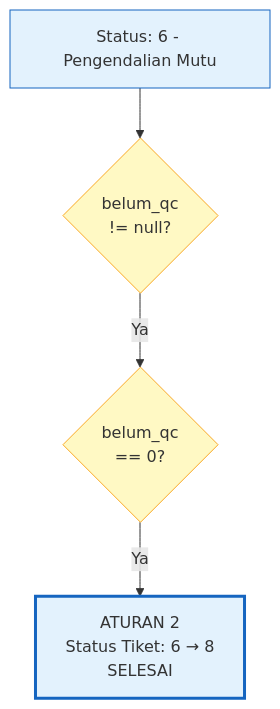
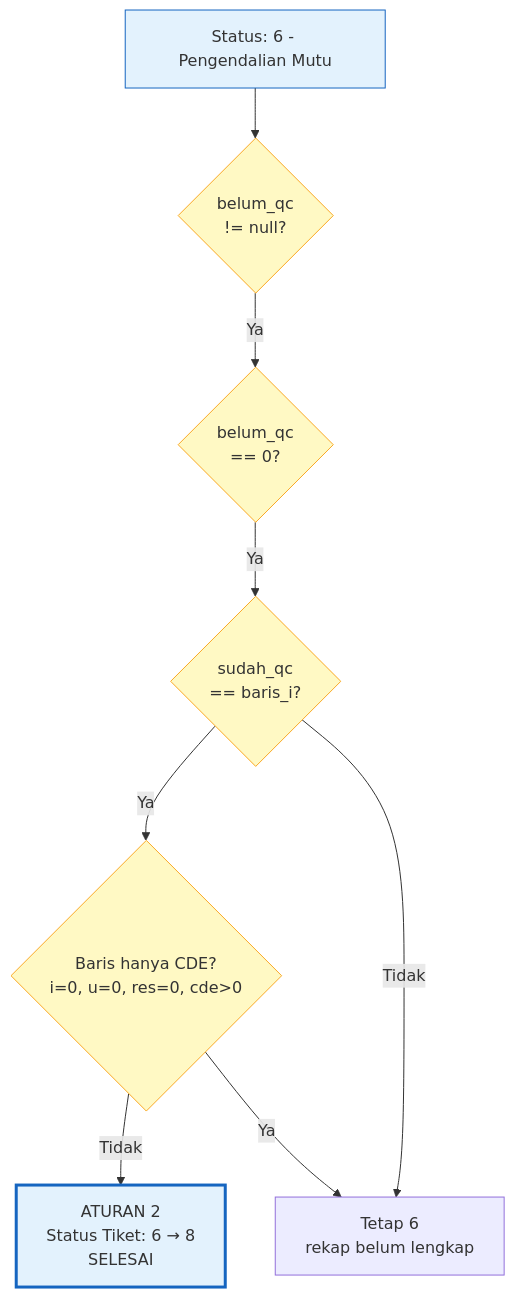
One commit to kloworizer/diamond-web changed the seventh of 9 diagrams in docs/SYNC_TIKET_UPDATE_RULES.md. Above: the diagram before and after it, drawn with Mermaid. The commit also changed other lines of this file and 16 other files, not shown here.

````diff
--- a/docs/SYNC_TIKET_UPDATE_RULES.md
+++ b/docs/SYNC_TIKET_UPDATE_RULES.md
@@ -129,11 +131,17 @@
 ```mermaid
 flowchart TD
     START[Status: 6 - Pengendalian Mutu] --> C1{belum_qc<br/>!= null?}
     C1 -->|Ya| C2{belum_qc<br/>== 0?}
-    C2 -->|Ya| RESULT[ATURAN 2<br/>Status Tiket: 6 → 8<br/>SELESAI]
+    C2 -->|Ya| C3{sudah_qc<br/>== baris_i?}
+    C3 -->|Ya| C4{Baris hanya CDE?<br/>i=0, u=0, res=0, cde>0}
+    C4 -->|Tidak| RESULT[ATURAN 2<br/>Status Tiket: 6 → 8<br/>SELESAI]
+    C3 -->|Tidak| TETAP[Tetap 6<br/>rekap belum lengkap]
+    C4 -->|Ya| TETAP
 
     style RESULT fill:#e3f2fd,stroke:#1565c0,stroke-width:3px
     style START fill:#e3f2fd,stroke:#1565c0
     style C1 fill:#fff9c4,stroke:#f9a825
     style C2 fill:#fff9c4,stroke:#f9a825
+    style C3 fill:#fff9c4,stroke:#f9a825
+    style C4 fill:#fff9c4,stroke:#f9a825
 ```
````
